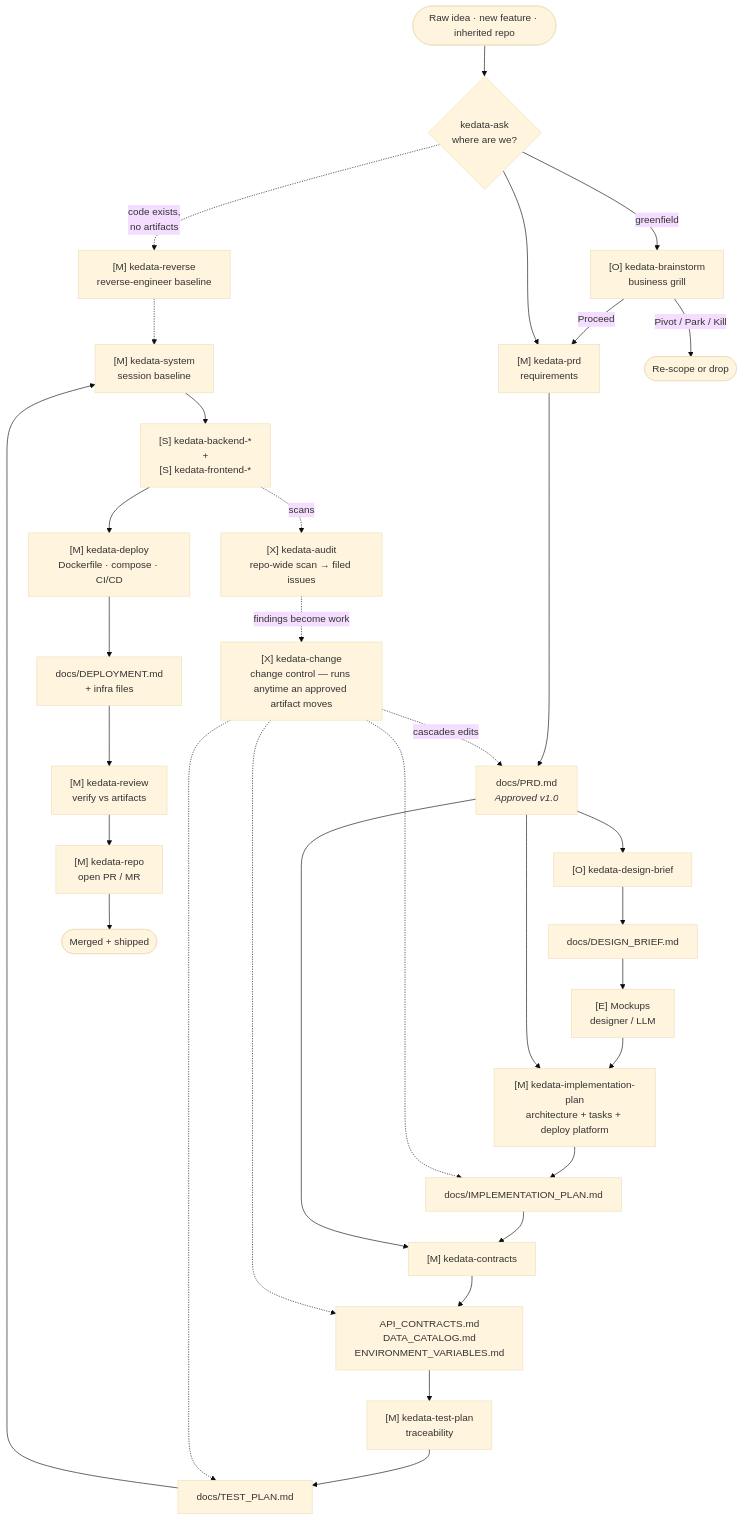
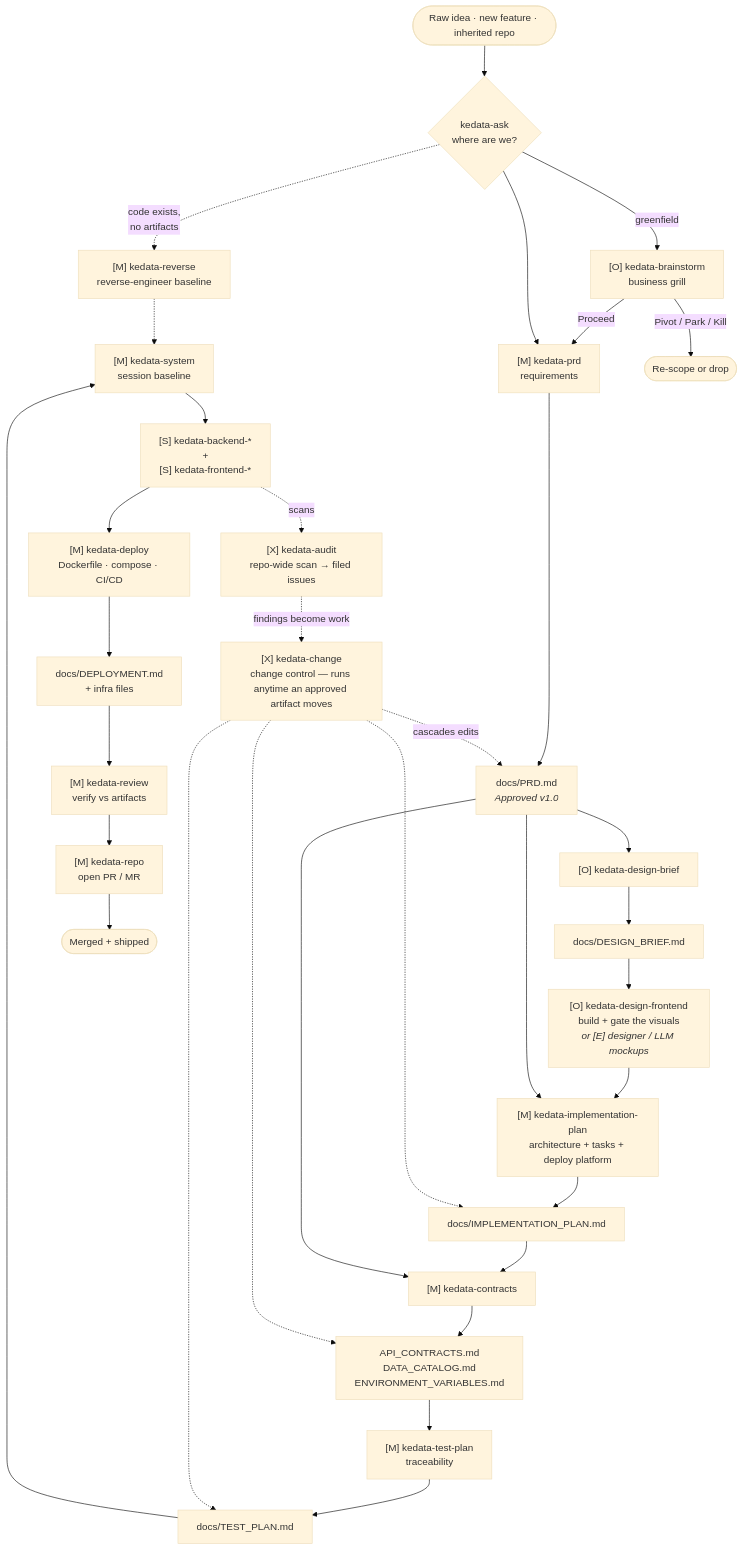
Before and after one commit to Kedata-Indonesia/vibeskills: the first of 13 diagrams in PIPELINE_GUIDE.md, drawn with Mermaid (base theme). The commit also changed other lines of this file and 59 other files, not shown here.

First line of the commit message:
feat(skills): vendor kedata-design-frontend and the kedata-ponytail family

````diff
--- a/PIPELINE_GUIDE.md
+++ b/PIPELINE_GUIDE.md
@@ -17,47 +17,47 @@
 ```mermaid
 flowchart TD
     START(["Raw idea · new feature · inherited repo"]) --> ASK{"kedata-ask<br/>where are we?"}
 
     ASK -.->|"code exists,<br/>no artifacts"| REV["[M] kedata-reverse<br/>reverse-engineer baseline"]
     REV -.-> SYS
 
     ASK -->|"greenfield"| BRAIN["[O] kedata-brainstorm<br/>business grill"]
     BRAIN -->|"Proceed"| PRD
     BRAIN -->|"Pivot / Park / Kill"| STOP(["Re-scope or drop"])
 
     ASK --> PRD["[M] kedata-prd<br/>requirements"]
     PRD --> PRDART["docs/PRD.md<br/><i>Approved v1.0</i>"]
 
     PRDART --> DESIGN["[O] kedata-design-brief"]
     DESIGN --> DESART["docs/DESIGN_BRIEF.md"]
-    DESART --> MOCK["[E] Mockups<br/>designer / LLM"]
+    DESART --> MOCK["[O] kedata-design-frontend<br/>build + gate the visuals<br/><i>or [E] designer / LLM mockups</i>"]
 
     MOCK --> PLAN
     PRDART --> PLAN["[M] kedata-implementation-plan<br/>architecture + tasks + deploy platform"]
     PLAN --> PLANART["docs/IMPLEMENTATION_PLAN.md"]
 
     PLANART --> CONTRACTS["[M] kedata-contracts"]
     PRDART --> CONTRACTS
     CONTRACTS --> CONART["API_CONTRACTS.md<br/>DATA_CATALOG.md<br/>ENVIRONMENT_VARIABLES.md"]
 
     CONART --> TEST["[M] kedata-test-plan<br/>traceability"]
     TEST --> TESTART["docs/TEST_PLAN.md"]
 
     TESTART --> SYS["[M] kedata-system<br/>session baseline"]
     SYS --> CODE["[S] kedata-backend-*<br/>+<br/>[S] kedata-frontend-*"]
     CODE --> DEPLOY["[M] kedata-deploy<br/>Dockerfile · compose · CI/CD"]
     DEPLOY --> DEPART["docs/DEPLOYMENT.md<br/>+ infra files"]
     DEPART --> REV2["[M] kedata-review<br/>verify vs artifacts"]
     REV2 --> REPO["[M] kedata-repo<br/>open PR / MR"]
     REPO --> DONE(["Merged + shipped"])
 
     CHANGE["[X] kedata-change<br/>change control — runs anytime an approved artifact moves"]
     CHANGE -.->|"cascades edits"| PRDART
     CHANGE -.-> PLANART
     CHANGE -.-> CONART
     CHANGE -.-> TESTART
 
     AUDIT["[X] kedata-audit<br/>repo-wide scan → filed issues"]
     CODE -.->|"scans"| AUDIT
     AUDIT -.->|"findings become work"| CHANGE
 ```
````
